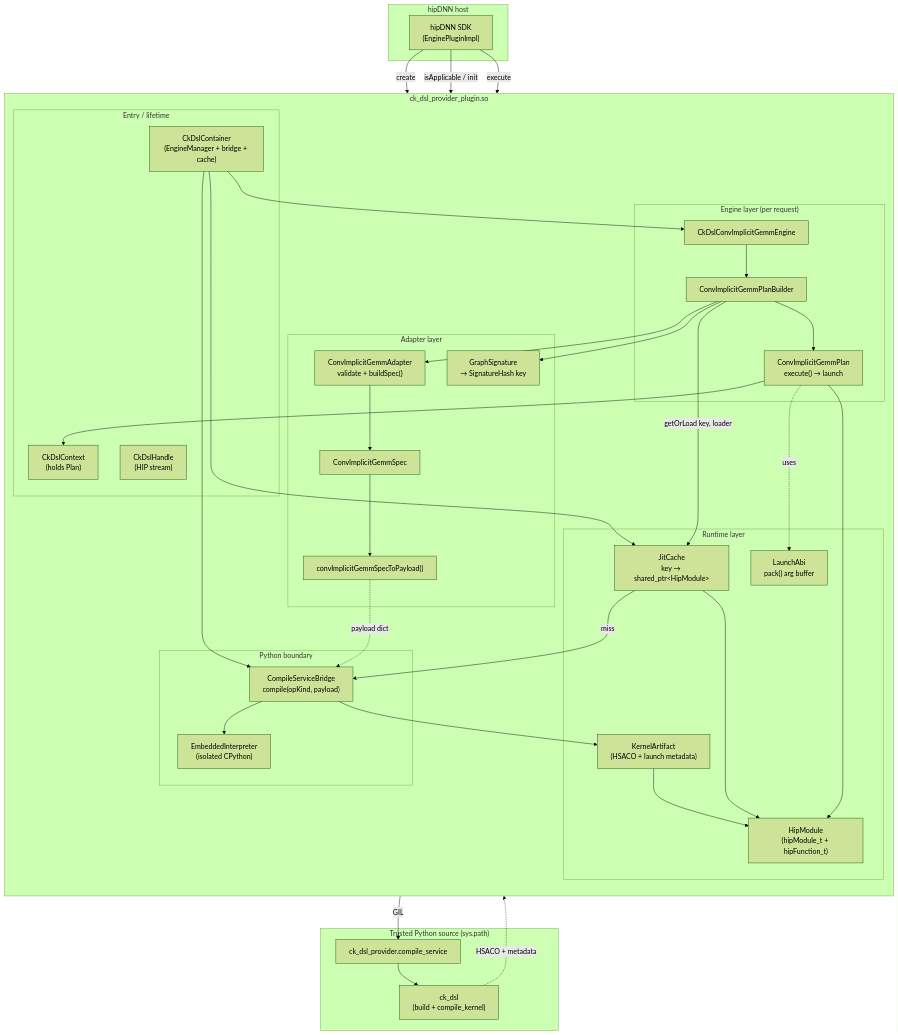
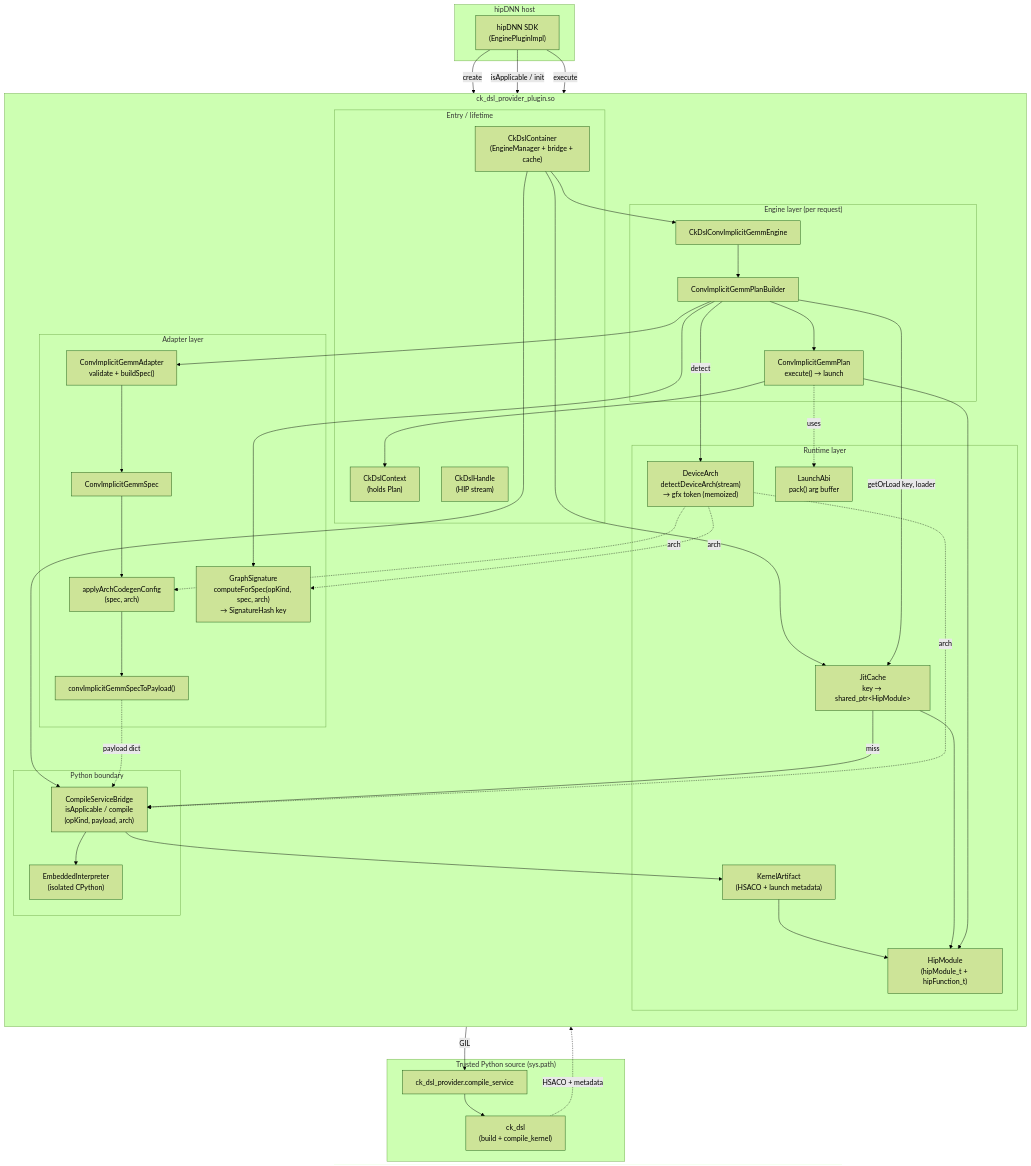
Before and after one commit to ROCm/rocm-libraries: the third of 4 diagrams in dnn-providers/ck-dsl-provider/README.md, drawn with Mermaid (forest theme). The commit also changed other lines of this file, not shown here.

Commit message:
Updated architecture diagrams

````diff
--- a/dnn-providers/ck-dsl-provider/README.md
+++ b/dnn-providers/ck-dsl-provider/README.md
@@ -35,71 +89,78 @@
 ```mermaid
 flowchart TB
     subgraph host["hipDNN host"]
         SDK["hipDNN SDK<br/>(EnginePluginImpl)"]
     end
 
     subgraph plugin["ck_dsl_provider_plugin.so"]
         direction TB
 
         subgraph entry["Entry / lifetime"]
             Container["CkDslContainer<br/>(EngineManager + bridge + cache)"]
             Handle["CkDslHandle<br/>(HIP stream)"]
             Context["CkDslContext<br/>(holds Plan)"]
         end
 
         subgraph engine["Engine layer (per request)"]
             Engine["CkDslConvImplicitGemmEngine"]
             Builder["ConvImplicitGemmPlanBuilder"]
             Plan["ConvImplicitGemmPlan<br/>execute() → launch"]
         end
 
         subgraph adapt["Adapter layer"]
             Adapter["ConvImplicitGemmAdapter<br/>validate + buildSpec()"]
             Spec["ConvImplicitGemmSpec"]
+            ArchCfg["applyArchCodegenConfig<br/>(spec, arch)"]
             Payload["convImplicitGemmSpecToPayload()"]
-            Sig["GraphSignature<br/>→ SignatureHash key"]
+            Sig["GraphSignature<br/>computeForSpec(opKind, spec, arch)<br/>→ SignatureHash key"]
         end
 
         subgraph runtime["Runtime layer"]
+            Arch["DeviceArch<br/>detectDeviceArch(stream)<br/>→ gfx token (memoized)"]
             Cache["JitCache<br/>key → shared_ptr&lt;HipModule&gt;"]
             Module["HipModule<br/>(hipModule_t + hipFunction_t)"]
             Artifact["KernelArtifact<br/>(HSACO + launch metadata)"]
             Abi["LaunchAbi<br/>pack() arg buffer"]
         end
 
         subgraph pybound["Python boundary"]
             Interp["EmbeddedInterpreter<br/>(isolated CPython)"]
-            Bridge["CompileServiceBridge<br/>compile(opKind, payload)"]
+            Bridge["CompileServiceBridge<br/>isApplicable / compile<br/>(opKind, payload, arch)"]
         end
     end
 
     subgraph pysrc["Trusted Python source (sys.path)"]
         Service["ck_dsl_provider.compile_service"]
         DSL["ck_dsl<br/>(build + compile_kernel)"]
     end
 
     SDK -->|create| Container
     SDK -->|isApplicable / init| Engine
     SDK -->|execute| Plan
 
     Container --> Engine
     Container --> Bridge
     Container --> Cache
     Engine --> Builder
+    Builder -->|detect| Arch
     Builder --> Adapter
-    Adapter --> Spec --> Payload
+    Adapter --> Spec --> ArchCfg
+    Arch -.arch.-> ArchCfg
+    ArchCfg --> Payload
     Builder --> Sig
+    Arch -.arch.-> Sig
     Builder -->|getOrLoad key, loader| Cache
     Cache -->|miss| Bridge
+    Arch -.arch.-> Bridge
     Payload -.payload dict.-> Bridge
     Bridge --> Interp
     Bridge -->|GIL| Service
     Service --> DSL
     DSL -.HSACO + metadata.-> Bridge
     Bridge --> Artifact --> Module
     Cache --> Module
     Builder --> Plan
     Plan --> Module
     Plan -.uses.-> Abi
     Plan --> Context
 ```
````
